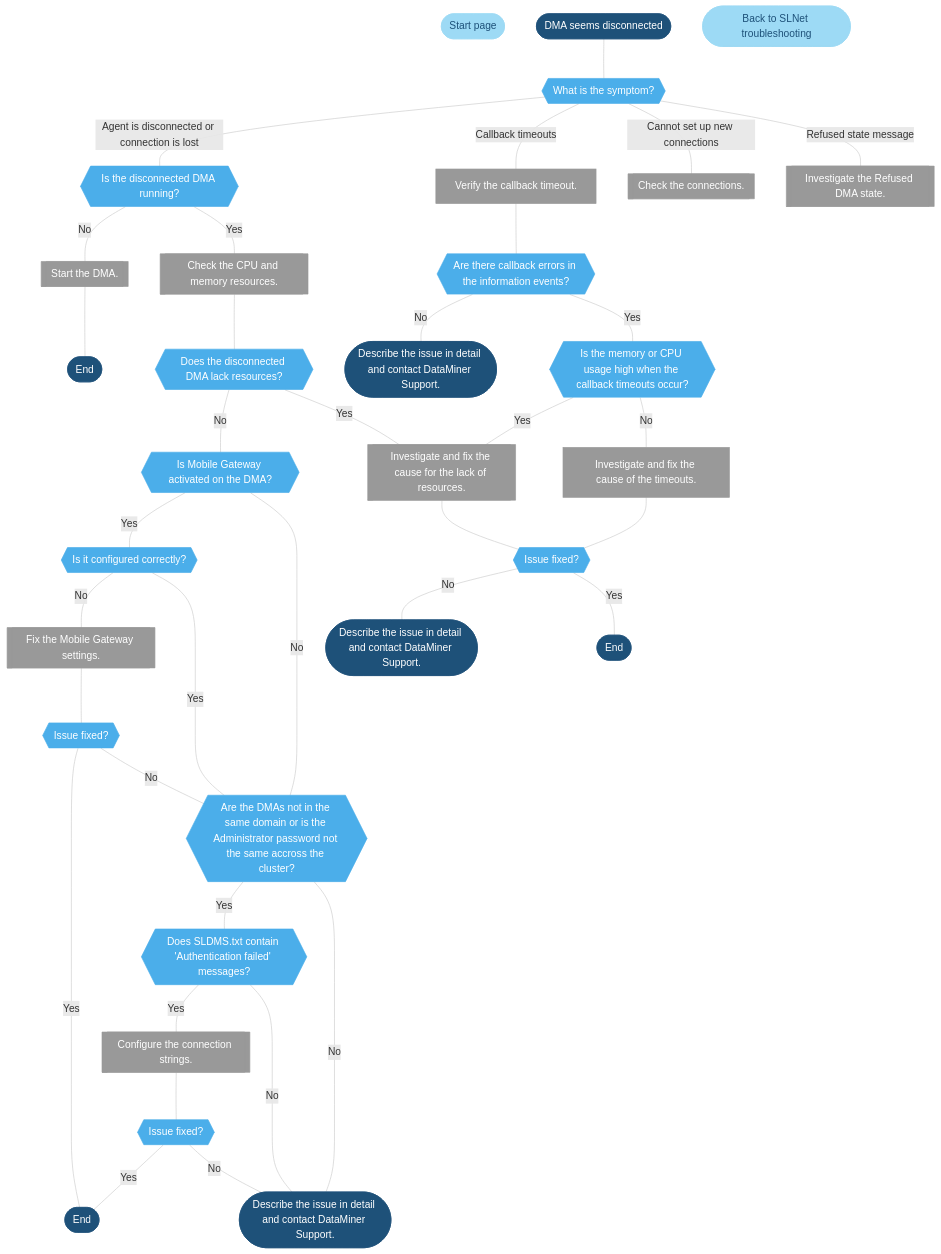
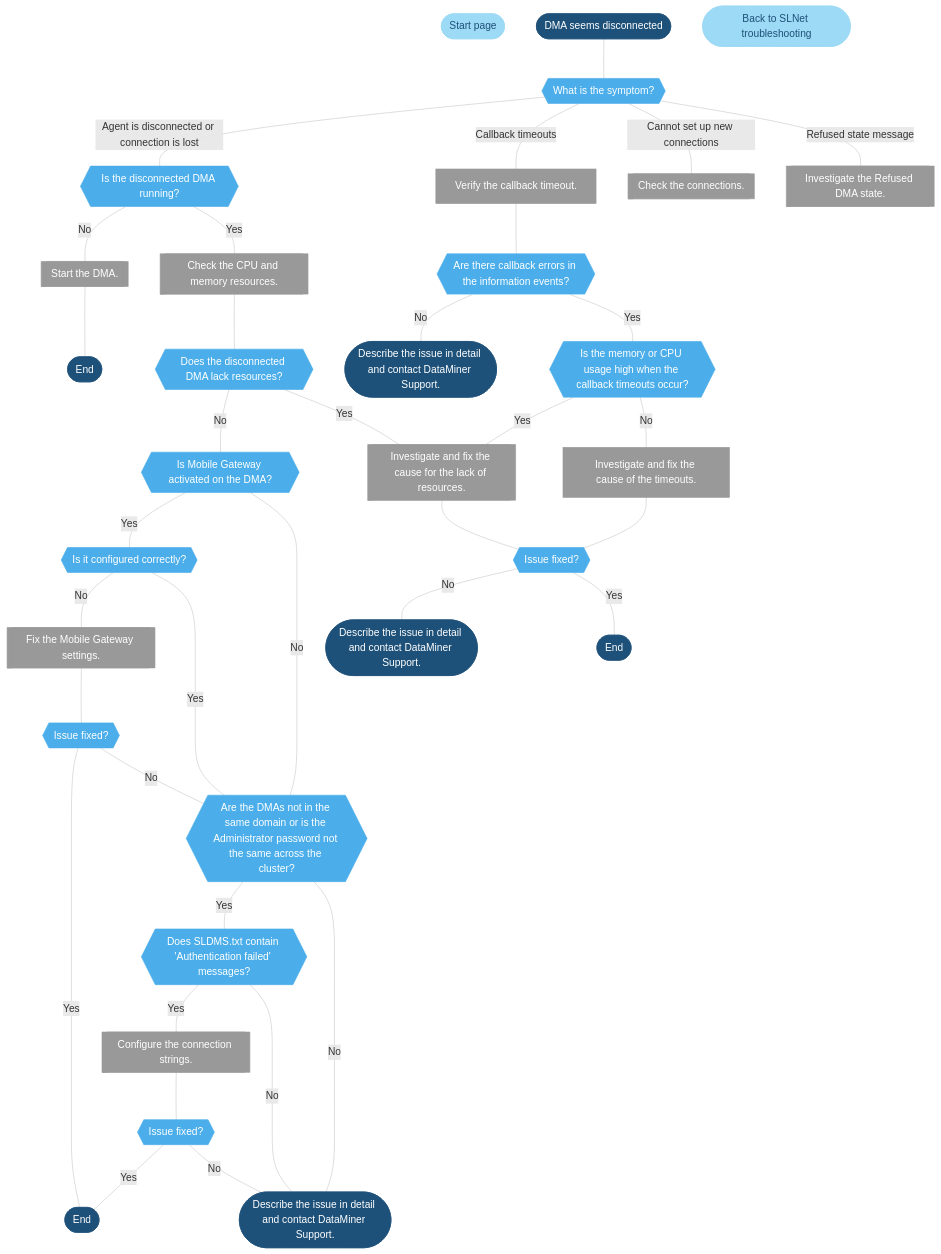
The diagram in dataminer/Troubleshooting/Troubleshooting_Flowcharts/Troubleshooting_Process_Identification/Communication_processes/SLNet/Troubleshooting_SLNet_Disconnects.md (SkylineCommunications/dataminer-docs), drawn with Mermaid before and after one commit. The commit also changed 2 other files, not shown here.

Commit message:
typographic fixes

```diff
--- a/dataminer/Troubleshooting/Troubleshooting_Flowcharts/Troubleshooting_Process_Identification/Communication_processes/SLNet/Troubleshooting_SLNet_Disconnects.md
+++ b/dataminer/Troubleshooting/Troubleshooting_Flowcharts/Troubleshooting_Process_Identification/Communication_processes/SLNet/Troubleshooting_SLNet_Disconnects.md
@@ -63,7 +63,7 @@
   IsIssueFixed_1{{Issue fixed?}}
   IsIssueFixed_1 --- |Yes| Ending_1
   IsIssueFixed_1 --- |No| NotInSameDomain
-  NotInSameDomain{{Are the DMAs not in the same domain or is the Administrator password not the same accross the cluster?}}
+  NotInSameDomain{{Are the DMAs not in the same domain or is the Administrator password not the same across the cluster?}}
   NotInSameDomain --- |Yes| CheckSLDMS
   NotInSameDomain --- |No| ContactTechsupport
   CheckSLDMS{{Does SLDMS.txt contain 'Authentication failed' messages?}}
```
